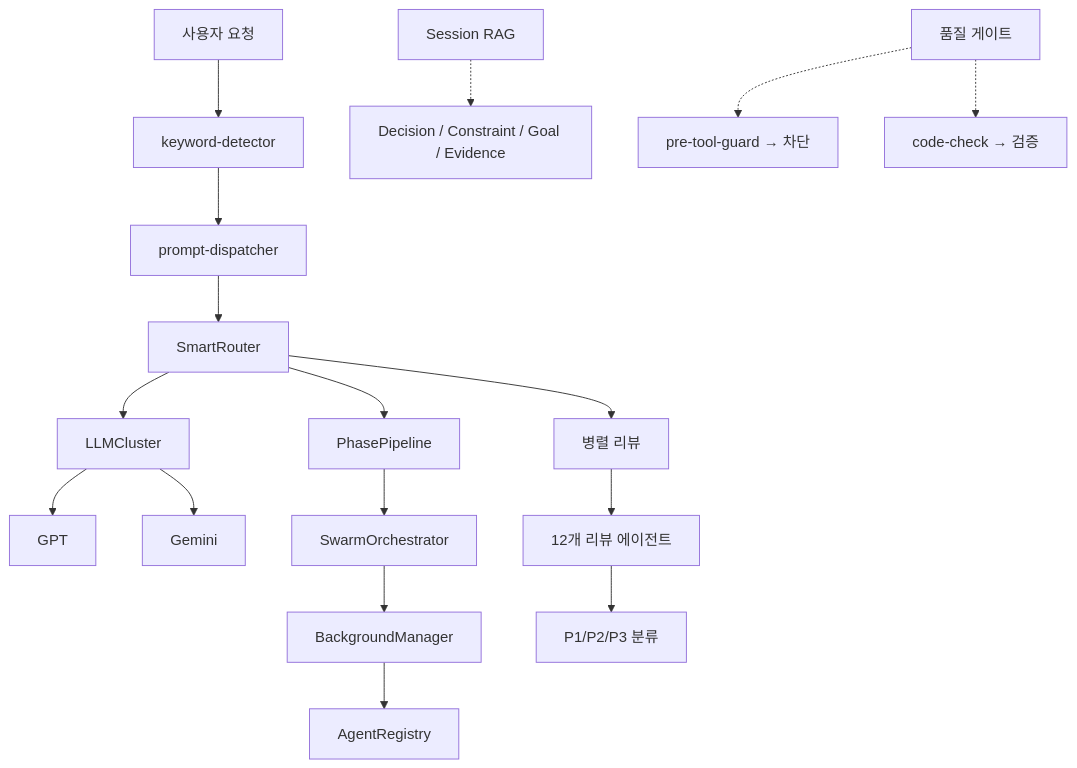
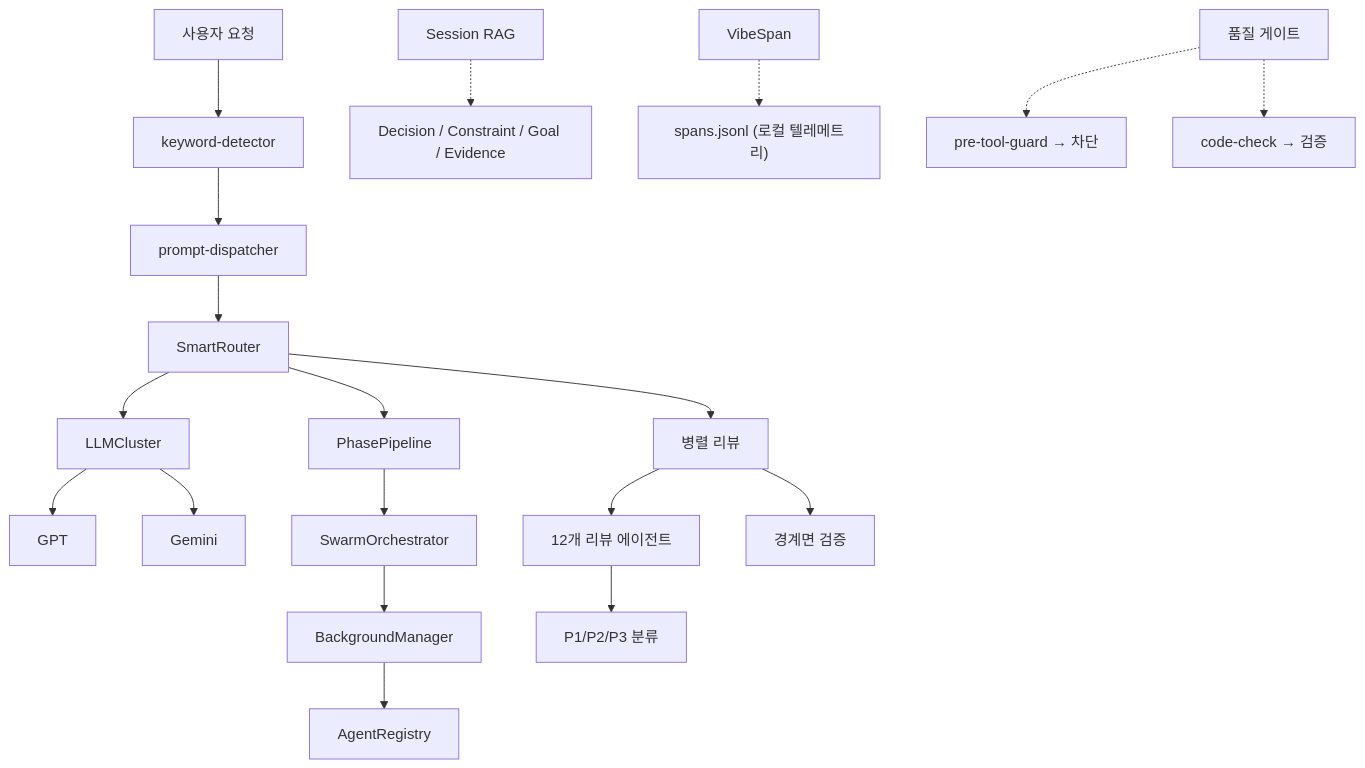
One commit to su-record/vibe changed the second of 2 diagrams in README.md. Above: the diagram before and after it, drawn with Mermaid. The commit also changed other lines of this file and 6 other files, not shown here.

````diff
--- a/README.md
+++ b/README.md
@@ -417,23 +494,25 @@
 ```mermaid
 flowchart TD
     A["사용자 요청"] --> B["keyword-detector"]
     B --> C["prompt-dispatcher"]
     C --> D["SmartRouter"]
 
     D --> E["LLMCluster"]
     E --> E1["GPT"]
     E --> E2["Gemini"]
 
     D --> F["PhasePipeline"]
     F --> G["SwarmOrchestrator"]
     G --> H["BackgroundManager"]
     H --> I["AgentRegistry"]
 
     D --> J["병렬 리뷰"]
     J --> J1["12개 리뷰 에이전트"]
     J1 --> K["P1/P2/P3 분류"]
+    J --> J2["경계면 검증"]
 
     L["Session RAG"] -.-> M["Decision / Constraint / Goal / Evidence"]
-    O["품질 게이트"] -.-> P["pre-tool-guard → 차단"]
-    O -.-> Q["code-check → 검증"]
+    N["VibeSpan"] -.-> O["spans.jsonl (로컬 텔레메트리)"]
+    P["품질 게이트"] -.-> Q["pre-tool-guard → 차단"]
+    P -.-> R["code-check → 검증"]
 ```
````
